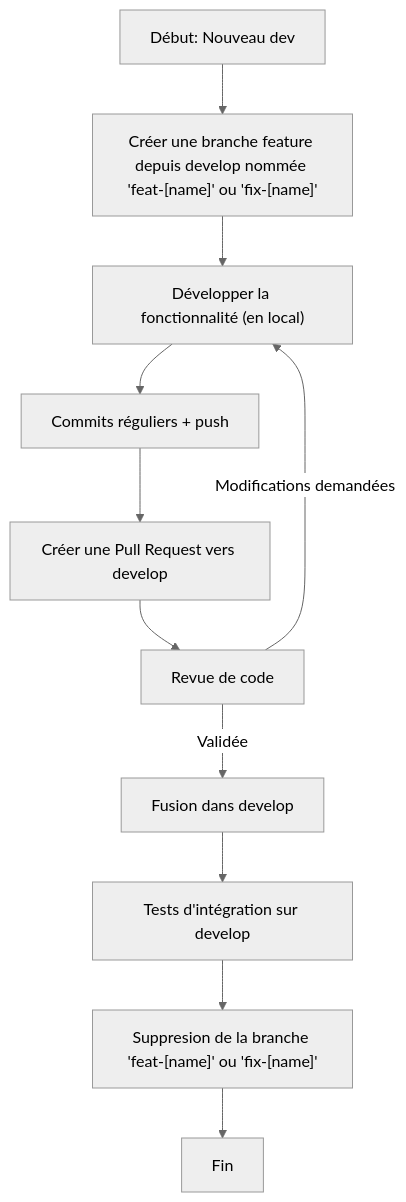
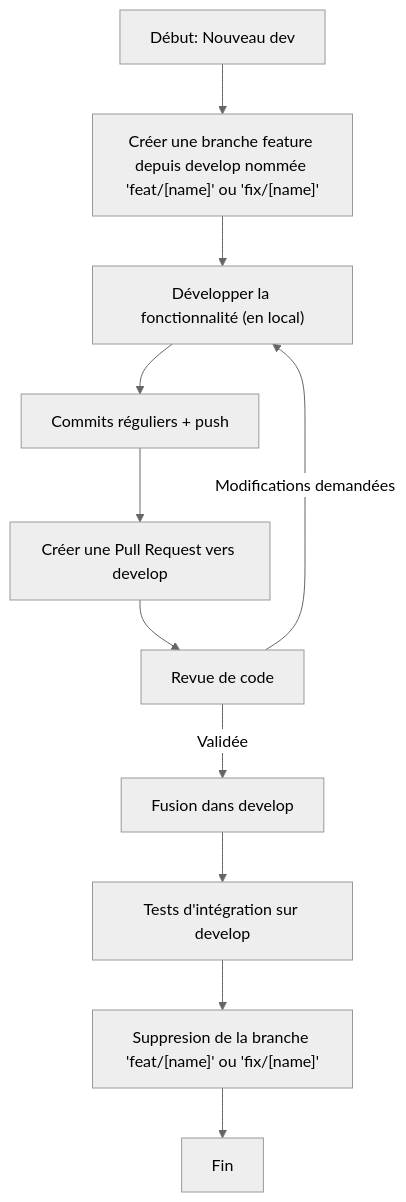
Before and after one commit to Mips2648/jeedom-plugins-docs: the first of 3 diagrams in gitflow.md, drawn with Mermaid (neutral theme). The commit also changed other lines of this file, not shown here.

Commit message:
Correct naming convetion for branch name

````diff
--- a/gitflow.md
+++ b/gitflow.md
@@ -61,13 +61,13 @@
 ```mermaid
 flowchart TD
-A[Début: Nouveau dev] --> B["Créer une branche feature depuis develop nommée 'feat-[name]' ou 'fix-[name]'"]
+A[Début: Nouveau dev] --> B["Créer une branche feature depuis develop nommée 'feat/[name]' ou 'fix/[name]'"]
 B --> C["Développer la fonctionnalité (en local)"]
 C --> D[Commits réguliers + push]
 D --> E[Créer une Pull Request vers develop]
 E --> F[Revue de code]
 F -->|Validée| G[Fusion dans develop]
 F -->|Modifications demandées| C
 G --> H[Tests d'intégration sur develop]
-H --> I["Suppresion de la branche 'feat-[name]' ou 'fix-[name]'"]
+H --> I["Suppresion de la branche 'feat/[name]' ou 'fix/[name]'"]
 I --> Z[Fin]
 ```
````
